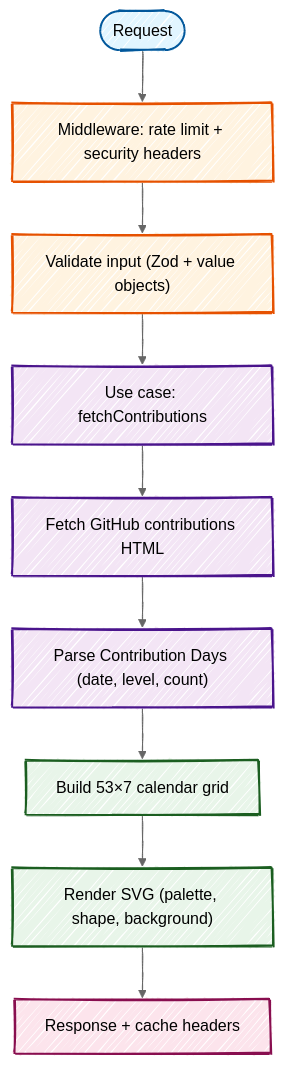
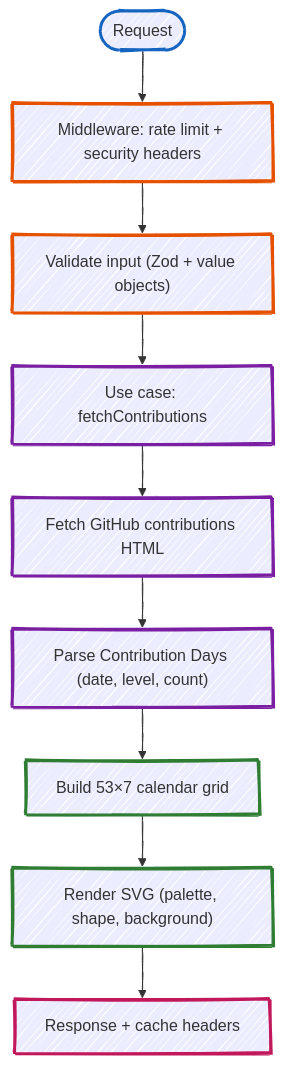
The diagram in web/README.md (fbuireu/contribKit), drawn with Mermaid before and after one commit. The commit also changed 6 other files, not shown here.

First line of the commit message:
docs: make handDrawn diagrams readable in both colour modes

````diff
--- a/web/README.md
+++ b/web/README.md
@@ -79,29 +79,28 @@
 ```mermaid
 ---
 config:
   look: handDrawn
-  theme: neutral
 ---
 flowchart TD
     request(["Request"])
     middleware["Middleware: rate limit + security headers"]
     validate["Validate input (Zod + value objects)"]
     usecase["Use case: fetchContributions"]
     scrape["Fetch GitHub contributions HTML"]
     parse["Parse Contribution Days (date, level, count)"]
     grid["Build 53×7 calendar grid"]
     render["Render SVG (palette, shape, background)"]
     respond["Response + cache headers"]
 
     request --> middleware --> validate --> usecase --> scrape --> parse --> grid --> render --> respond
 
-    style request fill:#e1f5ff,stroke:#01579b,stroke-width:2px
-    style middleware fill:#fff3e0,stroke:#e65100,stroke-width:2px
-    style validate fill:#fff3e0,stroke:#e65100,stroke-width:2px
-    style usecase fill:#f3e5f5,stroke:#4a148c,stroke-width:2px
-    style scrape fill:#f3e5f5,stroke:#4a148c,stroke-width:2px
-    style parse fill:#f3e5f5,stroke:#4a148c,stroke-width:2px
-    style grid fill:#e8f5e9,stroke:#1b5e20,stroke-width:2px
-    style render fill:#e8f5e9,stroke:#1b5e20,stroke-width:2px
-    style respond fill:#fce4ec,stroke:#880e4f,stroke-width:2px
+    style request stroke:#1565c0,stroke-width:3px
+    style middleware stroke:#e65100,stroke-width:3px
+    style validate stroke:#e65100,stroke-width:3px
+    style usecase stroke:#7b1fa2,stroke-width:3px
+    style scrape stroke:#7b1fa2,stroke-width:3px
+    style parse stroke:#7b1fa2,stroke-width:3px
+    style grid stroke:#2e7d32,stroke-width:3px
+    style render stroke:#2e7d32,stroke-width:3px
+    style respond stroke:#c2185b,stroke-width:3px
 ```
````
